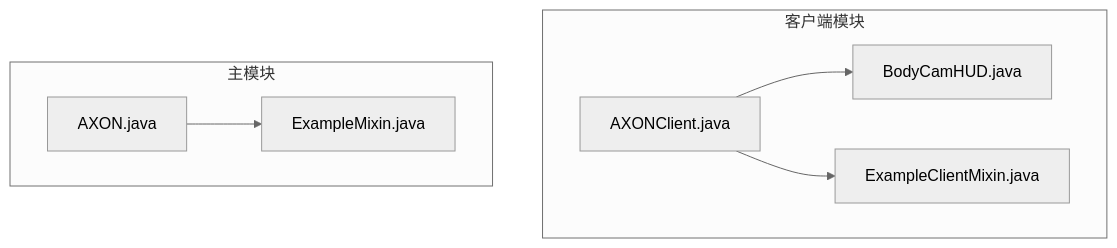
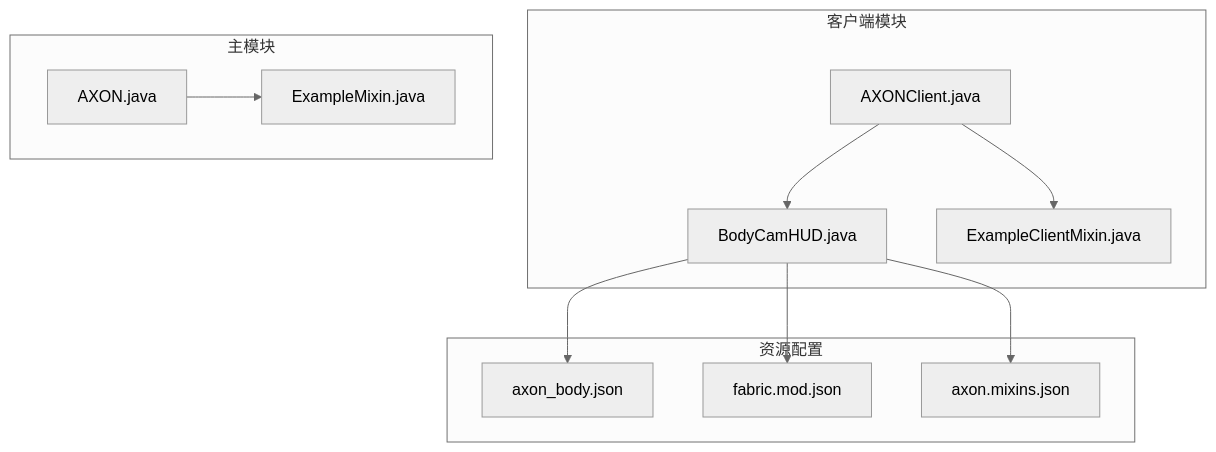
Before and after one commit to Manager20211/AxonBodyCam2: the first of 5 diagrams in .qoder/repowiki/zh/content/核心功能/水印显示功能.md, drawn with Mermaid (neutral theme). The commit also changed other lines of this file and 11 other files, not shown here.

````diff
--- a/.qoder/repowiki/zh/content/核心功能/水印显示功能.md
+++ b/.qoder/repowiki/zh/content/核心功能/水印显示功能.md
@@ -35,15 +46,23 @@
 ```mermaid
 graph TB
 subgraph "客户端模块"
 AXONClient["AXONClient.java"]
 BodyCamHUD["BodyCamHUD.java"]
 MixinClient["ExampleClientMixin.java"]
 end
 subgraph "主模块"
-AXONMain["AXON.java"]
+AXON["AXON.java"]
 MixinMain["ExampleMixin.java"]
+end
+subgraph "资源配置"
+FontConfig["axon_body.json"]
+ModConfig["fabric.mod.json"]
+MixinConfig["axon.mixins.json"]
 end
 AXONClient --> BodyCamHUD
 AXONClient --> MixinClient
-AXONMain --> MixinMain
+AXON --> MixinMain
+BodyCamHUD --> FontConfig
+BodyCamHUD --> ModConfig
+BodyCamHUD --> MixinConfig
 ```
````
